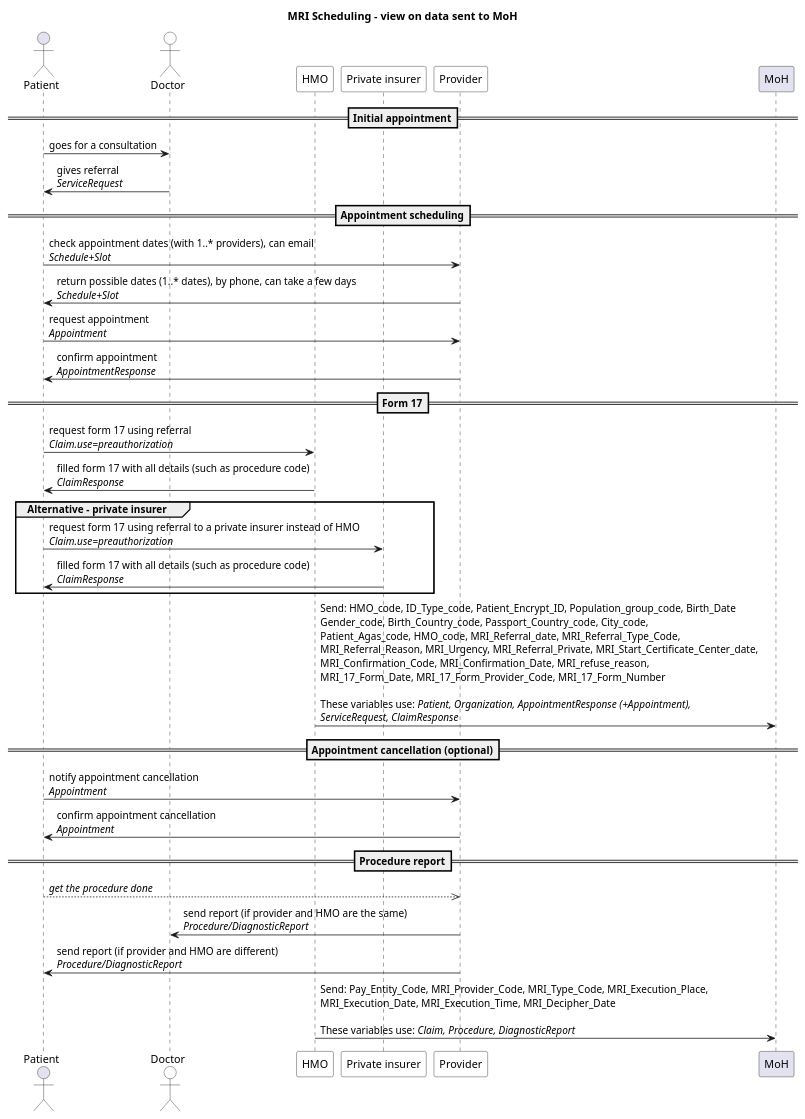
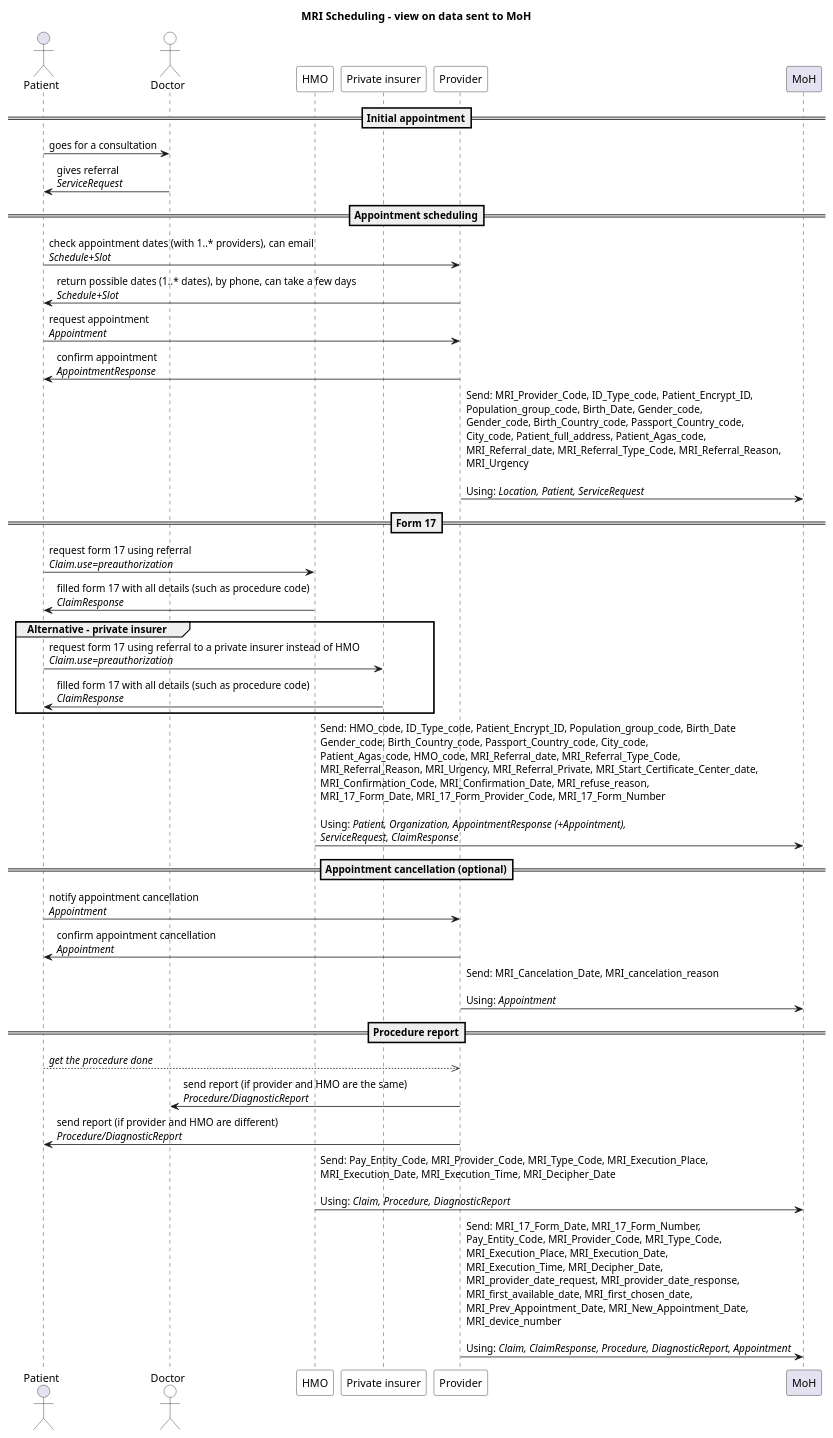
Before and after one commit to vadi2/MRI-Scheduling: the diagram in input/images-source/workflow-with-moh.plantuml, drawn with PlantUML.

Commit message:
Add provider info that's sent to MoH

```diff
--- a/input/images-source/workflow-with-moh.plantuml
+++ b/input/images-source/workflow-with-moh.plantuml
@@ -1,46 +1,51 @@
 @startuml
 'see documentation at https://plantuml.com/sequence-diagram
 
 title "MRI Scheduling - view on data sent to MoH"
 
 actor Patient
 actor Doctor #white
 participant HMO #white 
 participant "Private insurer" #white
 participant Provider #white
 participant MoH
 
 == Initial appointment==
 Patient -> Doctor: goes for a consultation
 Doctor -> Patient: gives referral\n//ServiceRequest//
 
 == Appointment scheduling==
 Patient -> Provider: check appointment dates (with 1..* providers), can email\n//Schedule+Slot//
 Provider -> Patient: return possible dates (1..* dates), by phone, can take a few days\n//Schedule+Slot//
 Patient -> Provider: request appointment\n//Appointment//
 Provider -> Patient: confirm appointment\n//AppointmentResponse//
 
+Provider -> MoH: Send: MRI_Provider_Code, ID_Type_code, Patient_Encrypt_ID, \nPopulation_group_code, Birth_Date, Gender_code, \nGender_code, Birth_Country_code, Passport_Country_code, \nCity_code, Patient_full_address, Patient_Agas_code, \nMRI_Referral_date, MRI_Referral_Type_Code, MRI_Referral_Reason, \nMRI_Urgency\n\nUsing: //Location, Patient, ServiceRequest//
+
 == Form 17==
 Patient -> HMO: request form 17 using referral\n//Claim.use=preauthorization//
 HMO -> Patient: filled form 17 with all details (such as procedure code)\n//ClaimResponse//
 
 Group Alternative - private insurer
   Patient -> "Private insurer": request form 17 using referral to a private insurer instead of HMO\n//Claim.use=preauthorization//
   "Private insurer" -> Patient: filled form 17 with all details (such as procedure code)\n//ClaimResponse//
 end
 
-HMO -> MoH: Send: HMO_code, ID_Type_code, Patient_Encrypt_ID, Population_group_code, Birth_Date \nGender_code, Birth_Country_code, Passport_Country_code, City_code, \nPatient_Agas_code, HMO_code, MRI_Referral_date, MRI_Referral_Type_Code, \nMRI_Referral_Reason, MRI_Urgency, MRI_Referral_Private, MRI_Start_Certificate_Center_date,  \nMRI_Confirmation_Code, MRI_Confirmation_Date, MRI_refuse_reason, \nMRI_17_Form_Date, MRI_17_Form_Provider_Code, MRI_17_Form_Number \n\nThese variables use: //Patient, Organization, AppointmentResponse (+Appointment), //\n//ServiceRequest, ClaimResponse//
-
+HMO -> MoH: Send: HMO_code, ID_Type_code, Patient_Encrypt_ID, Population_group_code, Birth_Date \nGender_code, Birth_Country_code, Passport_Country_code, City_code, \nPatient_Agas_code, HMO_code, MRI_Referral_date, MRI_Referral_Type_Code, \nMRI_Referral_Reason, MRI_Urgency, MRI_Referral_Private, MRI_Start_Certificate_Center_date,  \nMRI_Confirmation_Code, MRI_Confirmation_Date, MRI_refuse_reason, \nMRI_17_Form_Date, MRI_17_Form_Provider_Code, MRI_17_Form_Number \n\nUsing: //Patient, Organization, AppointmentResponse (+Appointment), //\n//ServiceRequest, ClaimResponse//
 
 == Appointment cancellation (optional)==
 Patient -> Provider: notify appointment cancellation\n//Appointment//
 Provider -> Patient: confirm appointment cancellation\n//Appointment//
+
+Provider -> MoH: Send: MRI_Cancelation_Date, MRI_cancelation_reason \n\nUsing: //Appointment//
 
 == Procedure report==
 Patient -->> Provider: //get the procedure done//
 Provider -> Doctor: send report (if provider and HMO are the same)\n//Procedure/DiagnosticReport//
 Provider -> Patient: send report (if provider and HMO are different)\n//Procedure/DiagnosticReport//
 
-HMO -> MoH: Send: Pay_Entity_Code, MRI_Provider_Code, MRI_Type_Code, MRI_Execution_Place, \nMRI_Execution_Date, MRI_Execution_Time, MRI_Decipher_Date \n\nThese variables use: //Claim, Procedure, DiagnosticReport//
+HMO -> MoH: Send: Pay_Entity_Code, MRI_Provider_Code, MRI_Type_Code, MRI_Execution_Place, \nMRI_Execution_Date, MRI_Execution_Time, MRI_Decipher_Date \n\nUsing: //Claim, Procedure, DiagnosticReport//
+
+Provider -> MoH: Send: MRI_17_Form_Date, MRI_17_Form_Number, \nPay_Entity_Code, MRI_Provider_Code, MRI_Type_Code, \nMRI_Execution_Place, MRI_Execution_Date, \nMRI_Execution_Time, MRI_Decipher_Date, \nMRI_provider_date_request, MRI_provider_date_response, \nMRI_first_available_date, MRI_first_chosen_date, \nMRI_Prev_Appointment_Date, MRI_New_Appointment_Date, \nMRI_device_number  \n\nUsing: //Claim, ClaimResponse, Procedure, DiagnosticReport, Appointment//
 
 @enduml
```
